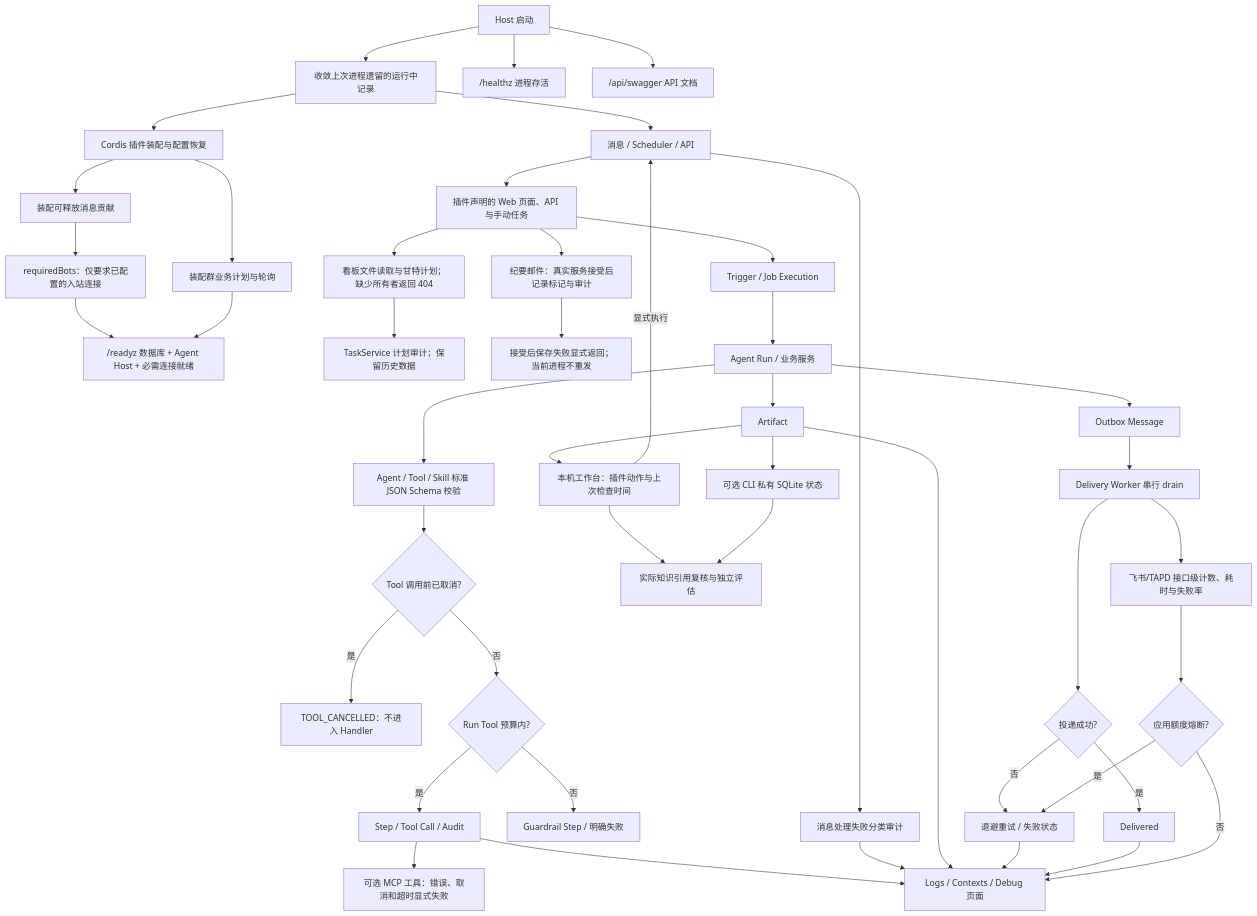
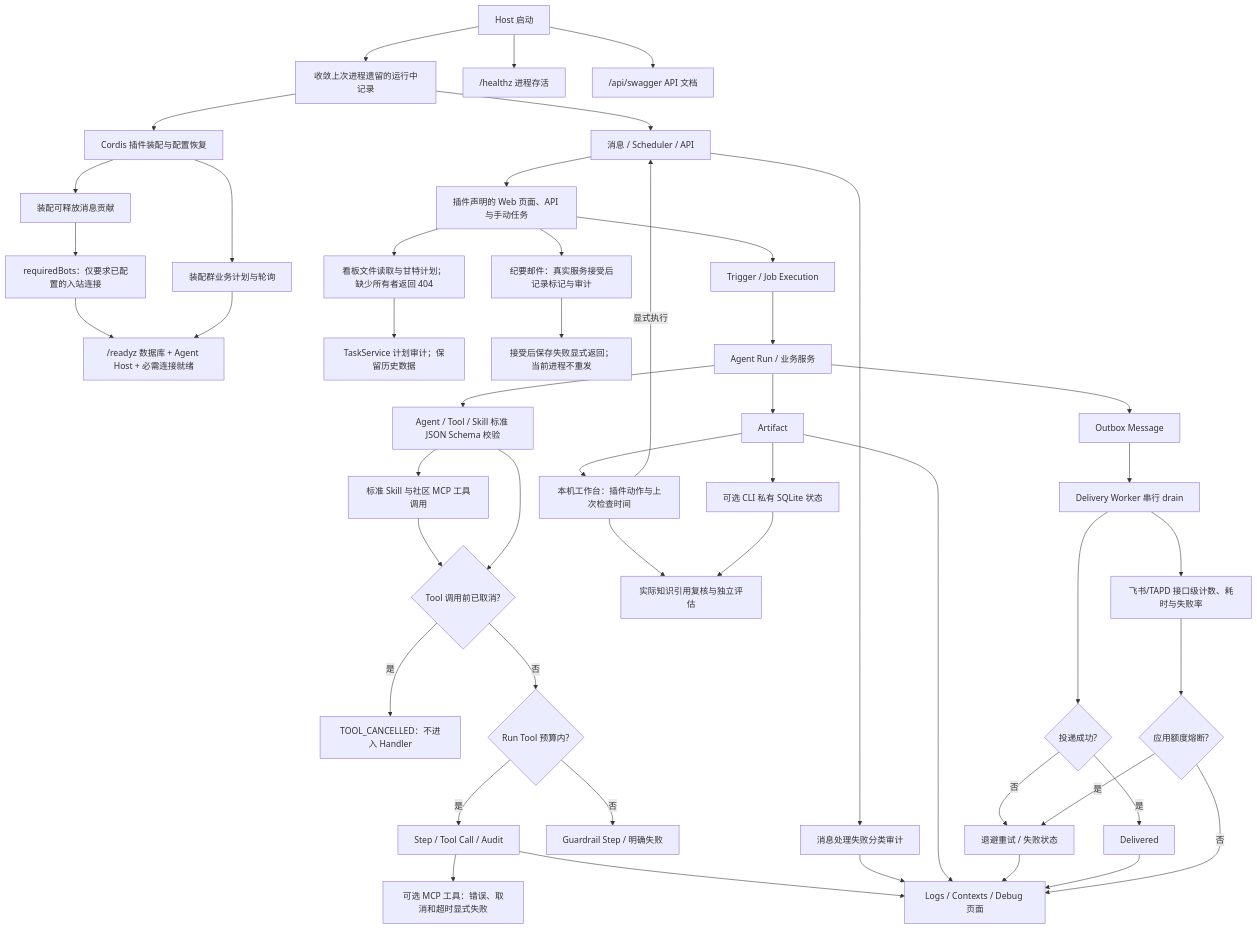
Before and after one commit to KlayPeter/AI-Delivery-Ops-Agent: the diagram in backend/src/platform/runtime/FEATURE.md, drawn with Mermaid. The commit also changed other lines of this file and 21 other files, not shown here.

````diff
--- a/backend/src/platform/runtime/FEATURE.md
+++ b/backend/src/platform/runtime/FEATURE.md
@@ -21,48 +21,50 @@
 ```mermaid
 flowchart TD
     R["Host 启动"] --> S["收敛上次进程遗留的运行中记录"]
     R --> Q["/healthz 进程存活"]
     R --> OAPI["/api/swagger API 文档"]
     S --> P["Cordis 插件装配与配置恢复"]
     P --> MR["装配可释放消息贡献"]
     MR --> BC["requiredBots：仅要求已配置的入站连接"]
     BC --> Z["/readyz 数据库 + Agent Host + 必需连接就绪"]
     P --> SJ[装配群业务计划与轮询]
     SJ --> Z
     S --> A["消息 / Scheduler / API"]
     A --> WOWN[插件声明的 Web 页面、API 与手动任务]
     WOWN --> PV[看板文件读取与甘特计划；缺少所有者返回 404]
     PV --> PA[TaskService 计划审计；保留历史数据]
     WOWN --> EMAIL[纪要邮件：真实服务接受后记录标记与审计]
     EMAIL --> UNCERTAIN[接受后保存失败显式返回；当前进程不重发]
     WOWN --> B["Trigger / Job Execution"]
     B --> C["Agent Run / 业务服务"]
     C --> SC[Agent / Tool / Skill 标准 JSON Schema 校验]
+    SC --> C7[标准 Skill 与社区 MCP 工具调用]
+    C7 --> TC
     SC --> TC{"Tool 调用前已取消?"}
     D --> MCP[可选 MCP 工具：错误、取消和超时显式失败]
     TC -- 是 --> TR["TOOL_CANCELLED：不进入 Handler"]
     TC -- 否 --> L{"Run Tool 预算内?"}
     L -- 是 --> D["Step / Tool Call / Audit"]
     L -- 否 --> M["Guardrail Step / 明确失败"]
     C --> E["Artifact"]
     C --> F["Outbox Message"]
     F --> G["Delivery Worker 串行 drain"]
     G --> H{"投递成功?"}
     H -- 否 --> I["退避重试 / 失败状态"]
     H -- 是 --> J["Delivered"]
     D --> K["Logs / Contexts / Debug 页面"]
     A --> X["消息处理失败分类审计"]
     X --> K
     E --> WA[本机工作台：插件动作与上次检查时间]
     WA -- 显式执行 --> A
     WA --> IC
     E --> KS[可选 CLI 私有 SQLite 状态]
     KS --> IC[实际知识引用复核与独立评估]
     E --> K
     I --> K
     J --> K
     G --> Y["飞书/TAPD 接口级计数、耗时与失败率"]
     Y --> Z1{"应用额度熔断?"}
     Z1 -- "是" --> I
     Z1 -- "否" --> K
 ```
````
